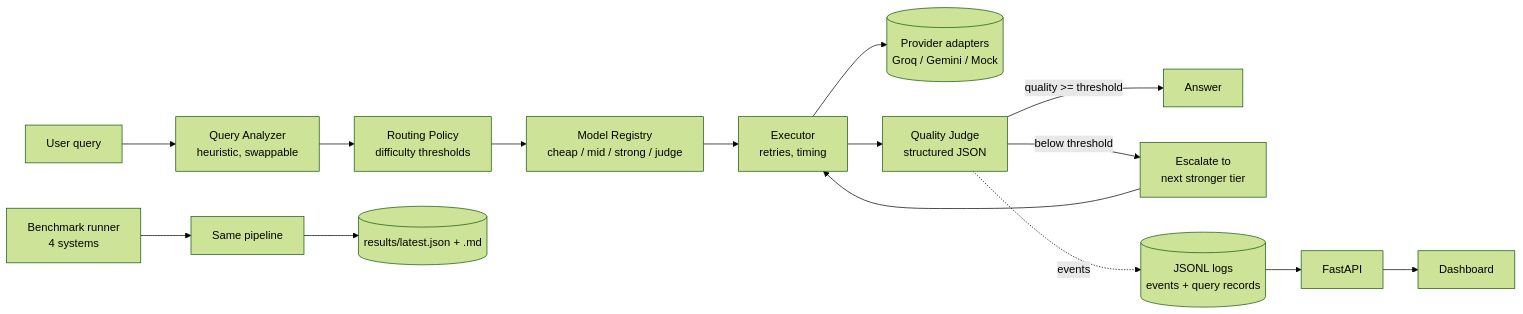
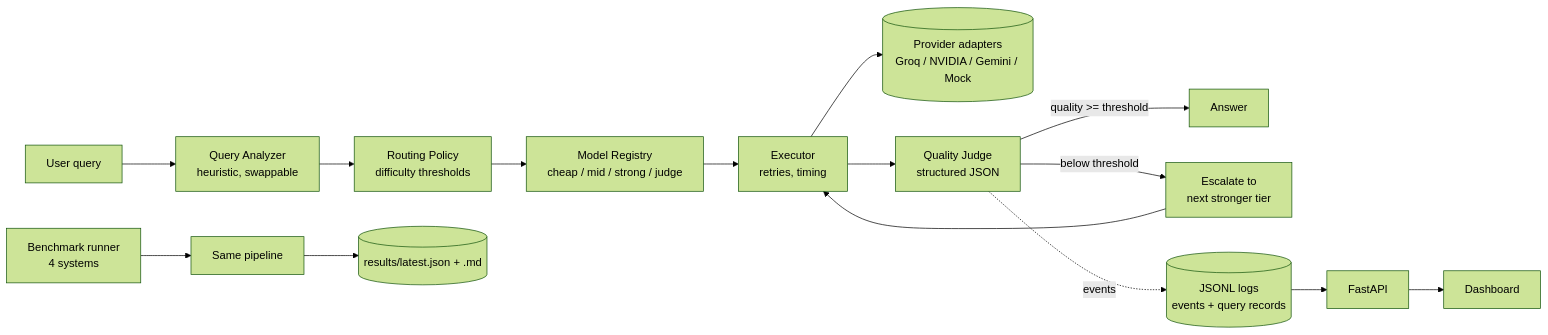
One commit to Kodishalathrilok/Smart_router changed the diagram in README.md. Above: the diagram before and after it, drawn with Mermaid (forest theme). The commit also changed other lines of this file and 19 other files, not shown here.

First line of the commit message:
Add NVIDIA provider, optional fallback judge, tier-accuracy report

````diff
--- a/README.md
+++ b/README.md
@@ -24,16 +24,16 @@
 ```mermaid
 flowchart LR
     Q[User query] --> A[Query Analyzer<br/>heuristic, swappable]
     A --> P[Routing Policy<br/>difficulty thresholds]
     P --> R[Model Registry<br/>cheap / mid / strong / judge]
     R --> E[Executor<br/>retries, timing]
-    E --> PR[(Provider adapters<br/>Groq / Gemini / Mock)]
+    E --> PR[(Provider adapters<br/>Groq / NVIDIA / Gemini / Mock)]
     E --> J[Quality Judge<br/>structured JSON]
     J -->|quality >= threshold| OUT[Answer]
     J -->|below threshold| ESC[Escalate to<br/>next stronger tier]
     ESC --> E
     J -. events .-> L[(JSONL logs<br/>events + query records)]
     L --> API[FastAPI] --> UI[Dashboard]
     B[Benchmark runner<br/>4 systems] --> PL[Same pipeline]
     PL --> RES[(results/latest.json + .md)]
 ```
````
